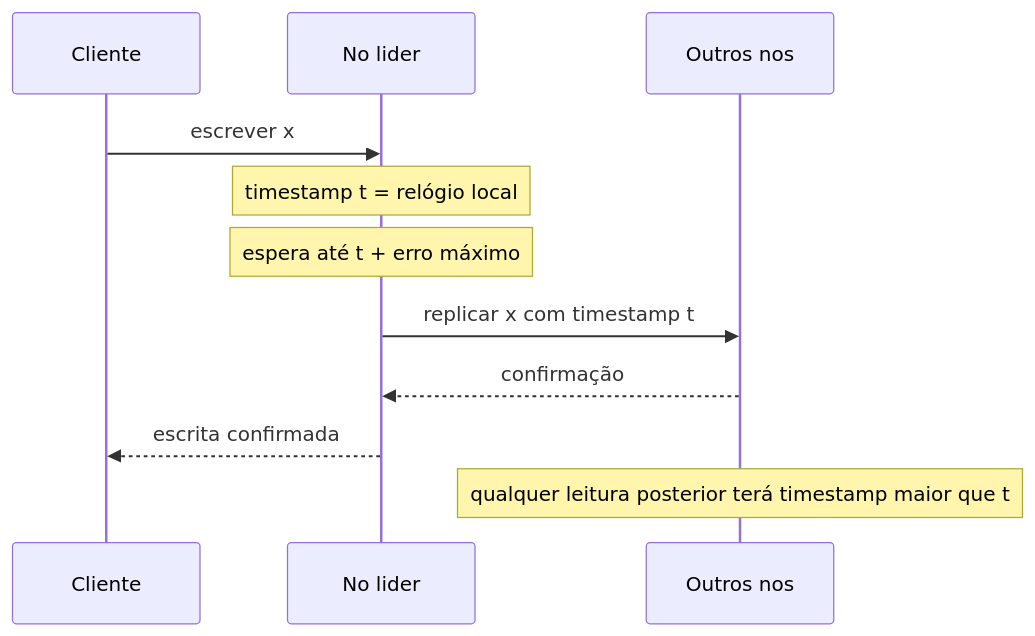
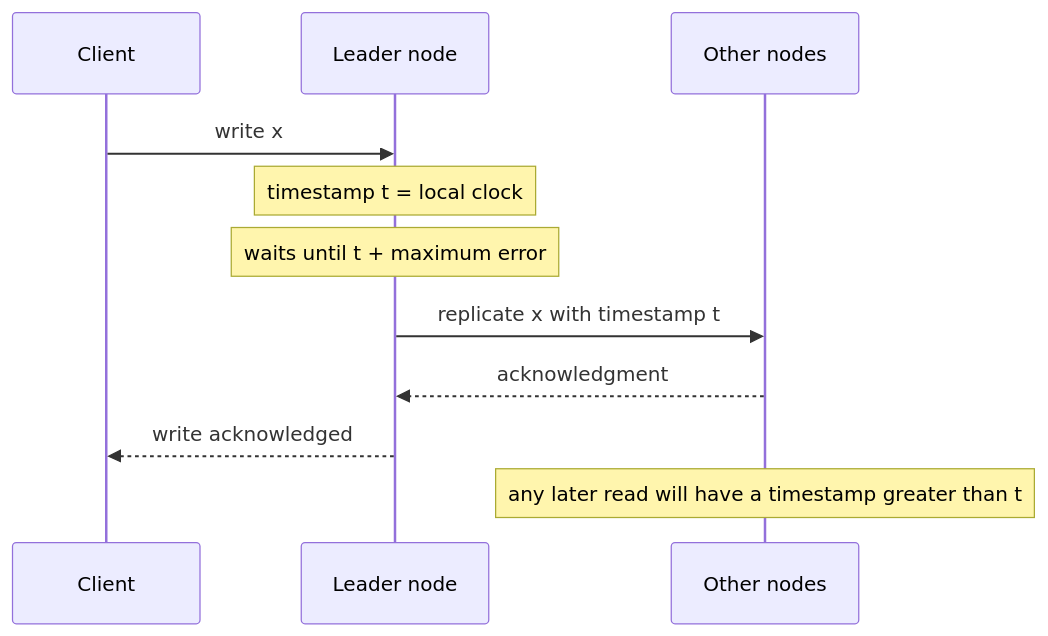
Before and after one commit to alancesar/design-patterns: the diagram in docs/architecture/distributed-systems/distributed-time/clock-bound-wait.md, drawn with Mermaid. The commit also changed 258 other files, not shown here.

First line of the commit message:
Translate Mermaid diagrams to English

````diff
--- a/docs/architecture/distributed-systems/distributed-time/clock-bound-wait.md
+++ b/docs/architecture/distributed-systems/distributed-time/clock-bound-wait.md
@@ -56,13 +56,13 @@
 ```mermaid
 sequenceDiagram
-    participant C as Cliente
-    participant N as No lider
-    participant R as Outros nos
-    C->>N: escrever x
-    Note over N: timestamp t = relógio local
-    Note over N: espera até t + erro máximo
-    N->>R: replicar x com timestamp t
-    R-->>N: confirmação
-    N-->>C: escrita confirmada
-    Note over R: qualquer leitura posterior terá timestamp maior que t
+    participant C as Client
+    participant N as Leader node
+    participant R as Other nodes
+    C->>N: write x
+    Note over N: timestamp t = local clock
+    Note over N: waits until t + maximum error
+    N->>R: replicate x with timestamp t
+    R-->>N: acknowledgment
+    N-->>C: write acknowledged
+    Note over R: any later read will have a timestamp greater than t
 ```
````
